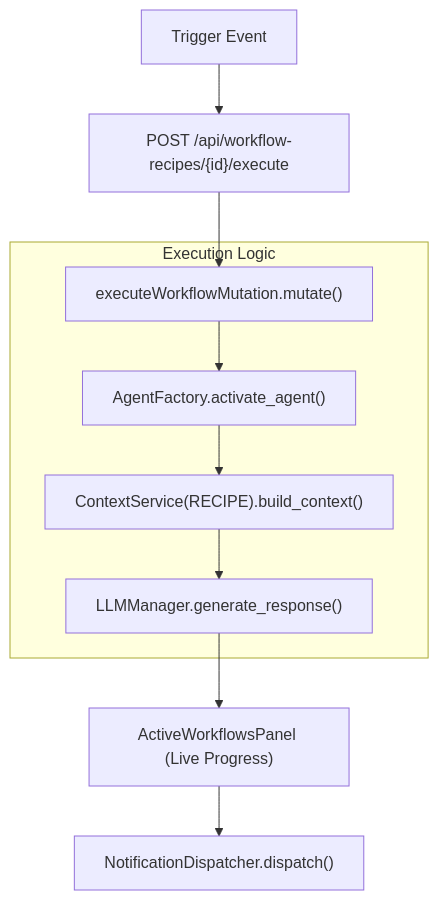
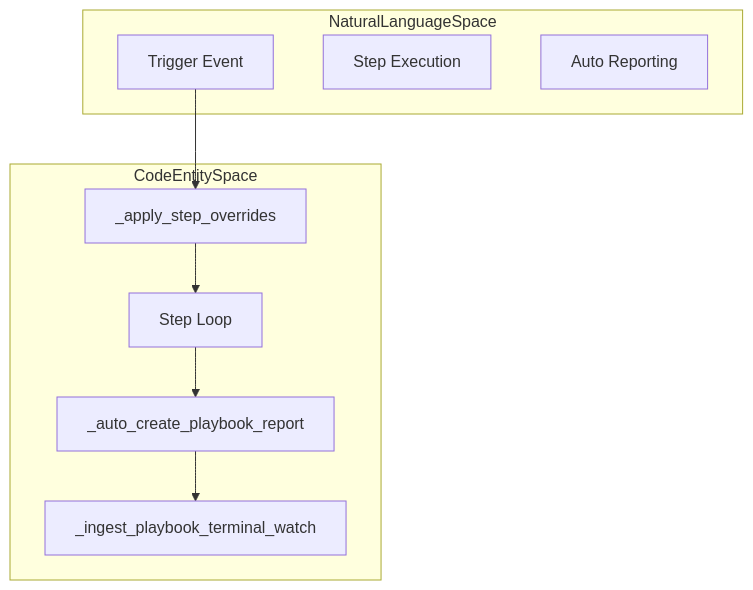
Before and after one commit to AutomatosAI/automatos-ai: the second of 2 diagrams in docs/workflows-recipes/_index.md, drawn with Mermaid. The commit also changed other lines of this file and 191 other files, not shown here.

````diff
--- a/docs/workflows-recipes/_index.md
+++ b/docs/workflows-recipes/_index.md
@@ -102,14 +86,20 @@
 ```mermaid
 graph TD
-    Trigger["Trigger Event"] --> API["POST /api/workflow-recipes/{id}/execute"]
-    API --> Mutate["executeWorkflowMutation.mutate()"]
-    
-    subgraph "Execution Logic"
-        Mutate --> Factory["AgentFactory.activate_agent()"]
-        Factory --> Context["ContextService(RECIPE).build_context()"]
-        Context --> LLM["LLMManager.generate_response()"]
+    subgraph "NaturalLanguageSpace"
+        NL_Trigger["Trigger Event"]
+        NL_StepExec["Step Execution"]
+        NL_Report["Auto Reporting"]
     end
-    
-    LLM --> UI["ActiveWorkflowsPanel (Live Progress)"]
-    UI --> Completion["NotificationDispatcher.dispatch()"]
+
+    subgraph "CodeEntitySpace"
+        CE_Overrides["_apply_step_overrides"]
+        CE_Loop["Step Loop"]
+        CE_Report["_auto_create_playbook_report"]
+        CE_Watch["_ingest_playbook_terminal_watch"]
+    end
+
+    NL_Trigger --> CE_Overrides
+    CE_Overrides --> CE_Loop
+    CE_Loop --> CE_Report
+    CE_Report --> CE_Watch
 ```
````
